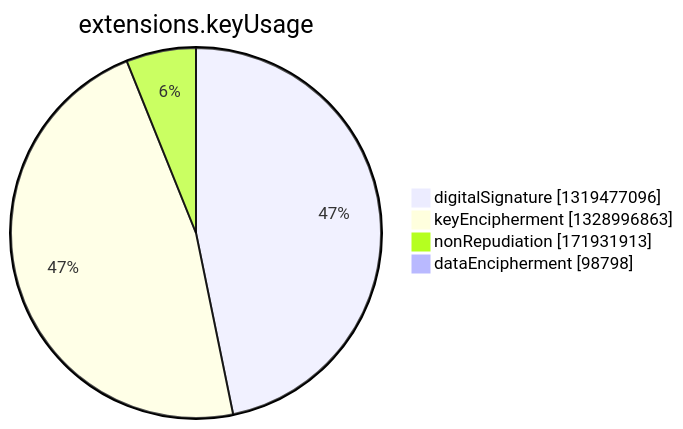
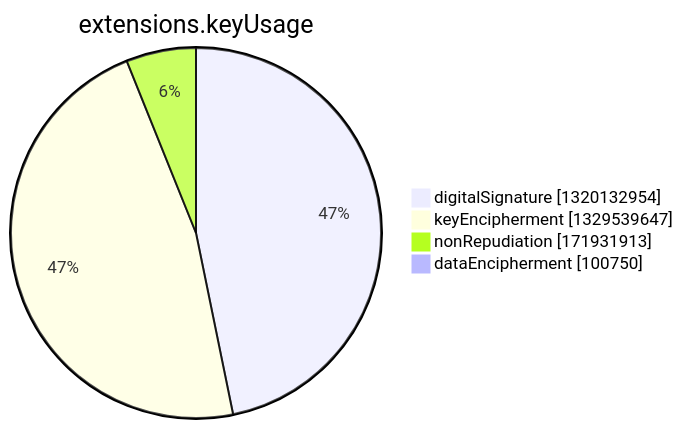
One commit to christiankrug/ctmonitor_visualization changed the seventh of 15 diagrams in argon2022/README.md. Above: the diagram before and after it, drawn with Mermaid. The commit also changed other lines of this file, not shown here.

````diff
--- a/argon2022/README.md
+++ b/argon2022/README.md
@@ -2750,8 +2750,8 @@
 ```mermaid
 pie showData
 title extensions.keyUsage
-"digitalSignature" :1319477096
-"keyEncipherment" :1328996863
+"digitalSignature" :1320132954
+"keyEncipherment" :1329539647
 "nonRepudiation" :171931913
-"dataEncipherment" :98798
+"dataEncipherment" :100750
 ```
````
